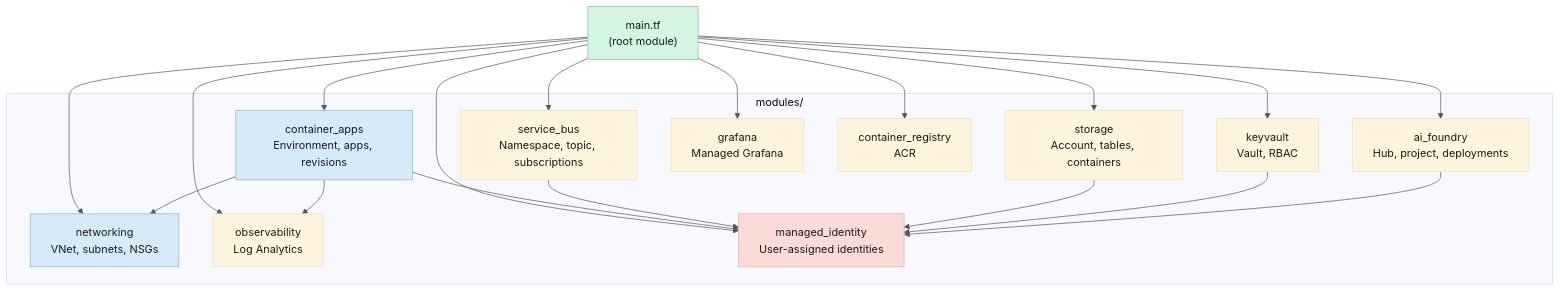
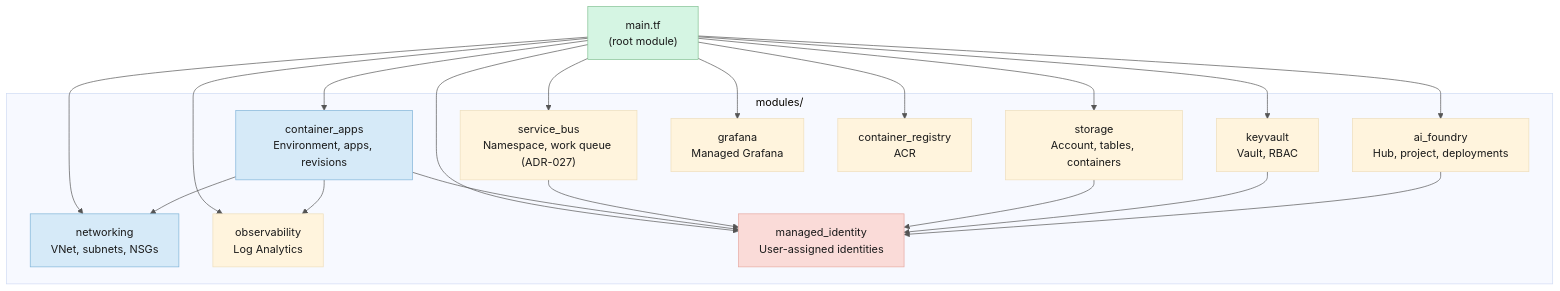
The seventh of 7 diagrams in docs/physical-architecture.md (dr-pabs/managed-service-minions), drawn with Mermaid before and after one commit. The commit also changed other lines of this file and 20 other files, not shown here.

Commit message:
docs: reconcile architecture docs, READMEs, testing strategy, rules comments with the as-built Stream

````diff
--- a/docs/physical-architecture.md
+++ b/docs/physical-architecture.md
@@ -574,42 +577,42 @@
 ```mermaid
 %%{init: {'theme': 'base', 'themeVariables': { 'primaryTextColor': '#1a1a1a', 'lineColor': '#555'}}}%%
 graph TB
     main["main.tf\n(root module)"]
     
     subgraph "modules/"
         net["networking\nVNet, subnets, NSGs"]
         ca["container_apps\nEnvironment, apps, revisions"]
-        sb["service_bus\nNamespace, topic, subscriptions"]
+        sb["service_bus\nNamespace, work queue (ADR-027)"]
         st["storage\nAccount, tables, containers"]
         kv["keyvault\nVault, RBAC"]
         ai["ai_foundry\nHub, project, deployments"]
         mon["observability\nLog Analytics"]
         id["managed_identity\nUser-assigned identities"]
         grafana["grafana\nManaged Grafana"]
         acr["container_registry\nACR"]
     end
     
     main --> net
     main --> ca
     main --> sb
     main --> st
     main --> kv
     main --> ai
     main --> mon
     main --> id
     main --> grafana
     main --> acr
     
     ca --> net
     ca --> id
     ca --> mon
     sb --> id
     st --> id
     kv --> id
     ai --> id
     
     style main fill:#d5f5e3,stroke:#82c091,color:#1a1a1a
     style net fill:#d6eaf8,stroke:#7fb3d8,color:#1a1a1a
     style ca fill:#d6eaf8,stroke:#7fb3d8,color:#1a1a1a
     style id fill:#fadbd8,stroke:#e6a8a0,color:#1a1a1a
 ```
````
